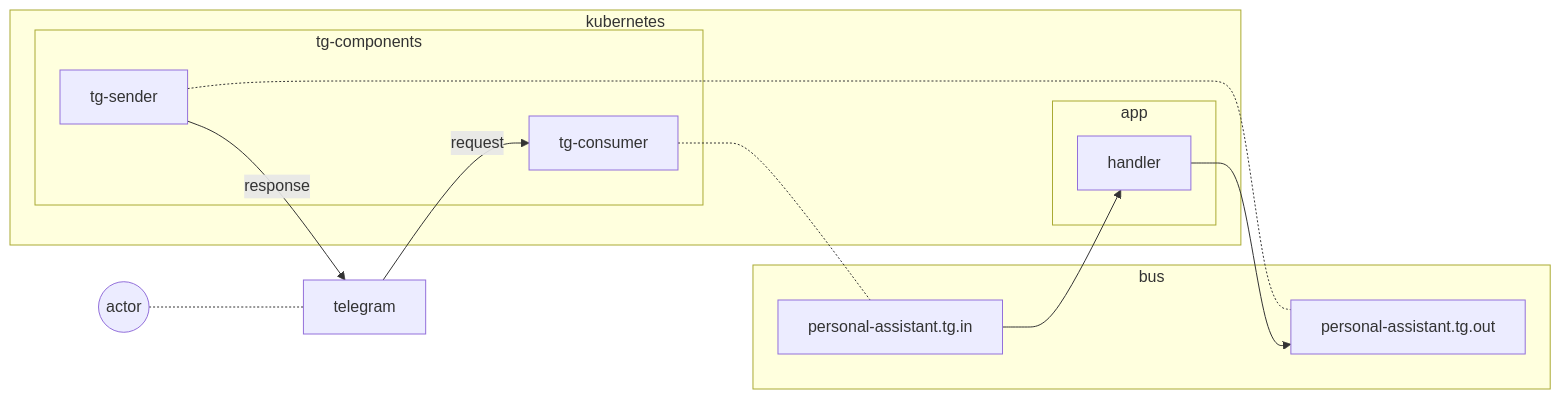
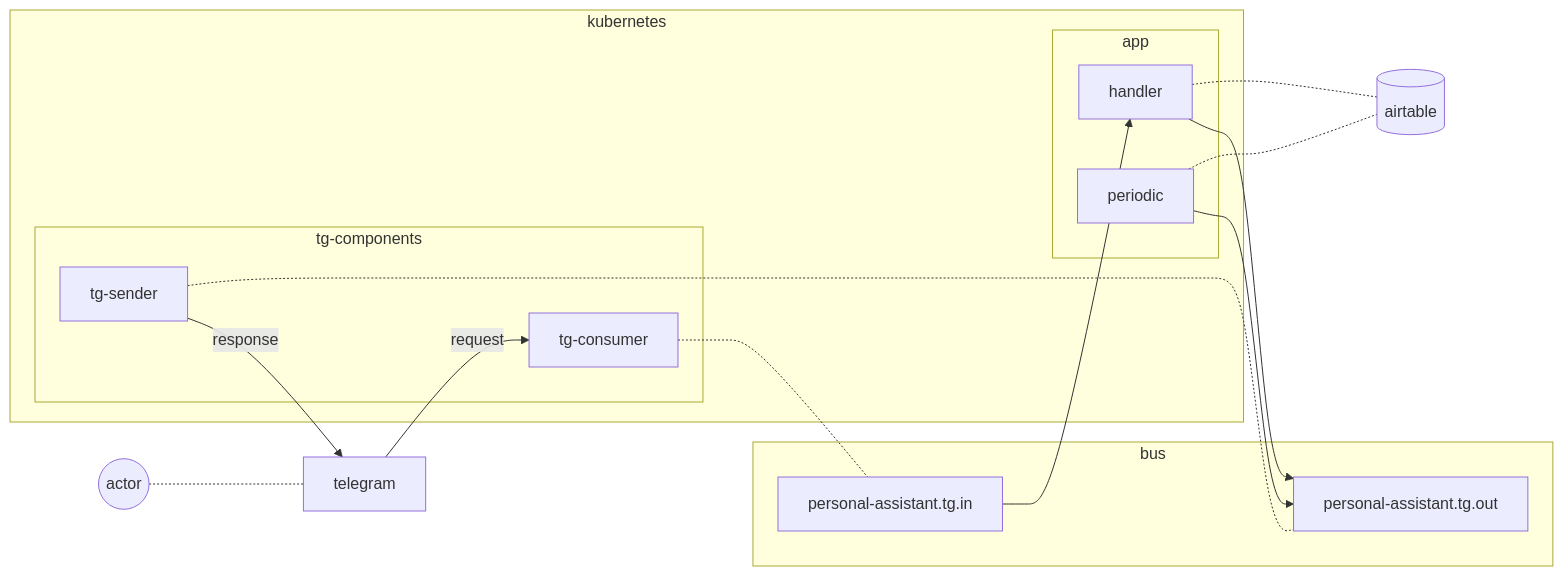
The diagram in README.md (agrrh/tg-personal-assistant), drawn with Mermaid before and after one commit.

````diff
--- a/README.md
+++ b/README.md
@@ -9,30 +9,37 @@
 ```mermaid
 graph LR
   actor((actor))
   telegram
+  airtable[(airtable)]
 
   subgraph bus
     personal-assistant.tg.in
     personal-assistant.tg.out
   end
 
   subgraph kubernetes
     subgraph tg-components
       tg-consumer
       tg-sender
     end
 
     subgraph app
       handler
+      periodic
     end
   end
 
   tg-consumer -.- personal-assistant.tg.in
   tg-sender -.- personal-assistant.tg.out
 
   actor -.- telegram
 
+  handler -.- airtable
+  periodic -.- airtable
+
+  periodic --> personal-assistant.tg.out
+
   telegram -->|request| tg-consumer
   personal-assistant.tg.in --> handler --> personal-assistant.tg.out
   tg-sender -->|response| telegram
 ```
````
